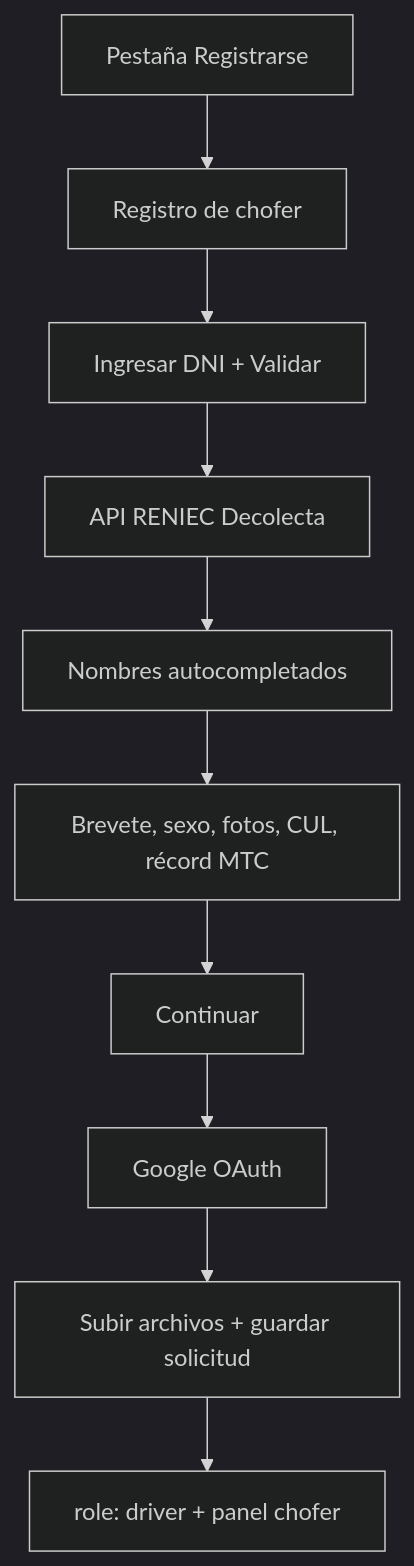
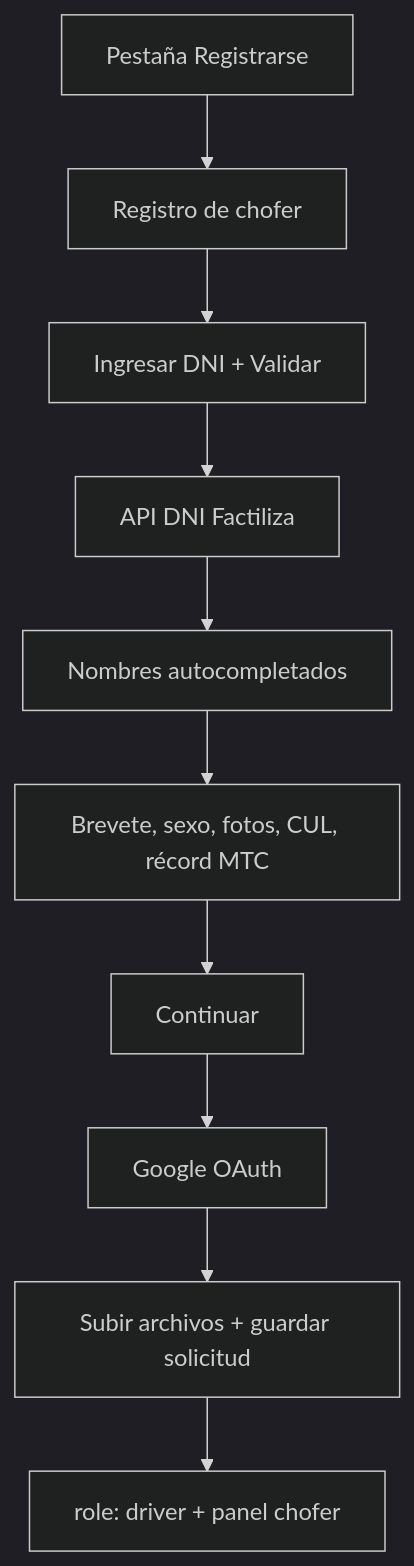
Before and after one commit to hercom-app/hercom: the diagram in docs/registro-chofer.md, drawn with Mermaid (dark theme). The commit also changed other lines of this file and 16 other files, not shown here.

First line of the commit message:
feat: DNI Factiliza en app y VerificaPE/Factiliza en admin

````diff
--- a/docs/registro-chofer.md
+++ b/docs/registro-chofer.md
@@ -10,12 +10,12 @@
 ```mermaid
 flowchart TD
   A[Pestaña Registrarse] --> B[Registro de chofer]
   B --> C[Ingresar DNI + Validar]
-  C --> D[API RENIEC Decolecta]
+  C --> D[API DNI Factiliza]
   D --> E[Nombres autocompletados]
   E --> F[Brevete, sexo, fotos, CUL, récord MTC]
   F --> G[Continuar]
   G --> H[Google OAuth]
   H --> I[Subir archivos + guardar solicitud]
   I --> J[role: driver + panel chofer]
 ```
````
